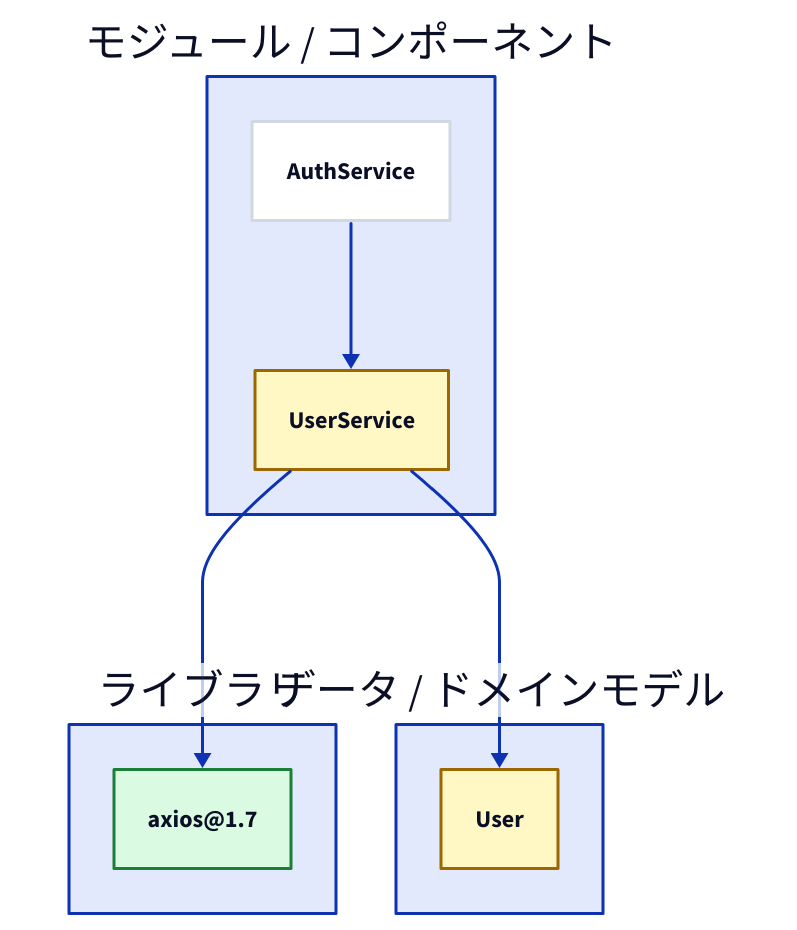
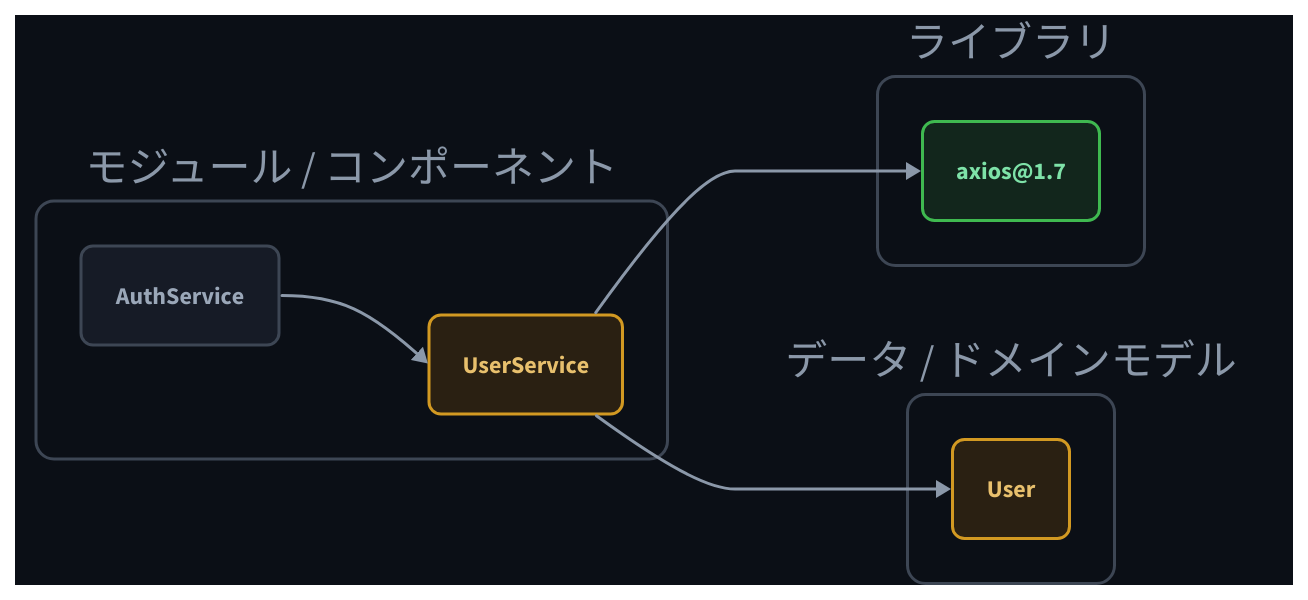
Before and after one commit to mjcreativelab/mjcreativelab-agent-plugins: the second of 2 diagrams in skills/branch-visualize/references/format-guide.md, drawn with D2. The commit also changed other lines of this file and 4 other files, not shown here.

First line of the commit message:
feat(branch-visualize): HTML 図をダークテーマ化し自動レイアウトをテンプレートに内蔵 (#91)

````diff
--- a/skills/branch-visualize/references/format-guide.md
+++ b/skills/branch-visualize/references/format-guide.md
@@ -53,23 +65,33 @@
 ```d2
+direction: right
+
+style.fill: "#0b0f16"
+
 classes: {
-  added: { style: { fill: "#dafbe1"; stroke: "#1a7f37" } }
-  modified: { style: { fill: "#fff8c5"; stroke: "#9a6700" } }
-  removed: { style: { fill: "#ffebe9"; stroke: "#cf222e"; stroke-dash: 5 } }
-  unchanged: { style: { fill: "#ffffff"; stroke: "#d1d9e0" } }
+  added: { style: { fill: "#12261c"; stroke: "#3fb950"; font-color: "#7ee2a8"; border-radius: 8 } }
+  modified: { style: { fill: "#2a2012"; stroke: "#d29922"; font-color: "#e8c06d"; border-radius: 8 } }
+  removed: { style: { fill: "#2b1518"; stroke: "#f85149"; stroke-dash: 5; font-color: "#ff9d96"; border-radius: 8 } }
+  unchanged: { style: { fill: "#161b26"; stroke: "#3d4654"; font-color: "#9aa7b8"; border-radius: 8 } }
+  grp: { style: { fill: "transparent"; stroke: "#3d4654"; font-color: "#8b98a9"; border-radius: 12 } }
 }
 
 libs: "ライブラリ" {
+  class: grp
   axios: "axios@1.7" { class: added }
 }
 mods: "モジュール / コンポーネント" {
+  class: grp
   usersvc: "UserService" { class: modified }
   authsvc: "AuthService" { class: unchanged }
 }
 models: "データ / ドメインモデル" {
+  class: grp
   user: "User" { class: modified }
 }
 
 mods.usersvc -> libs.axios
 mods.usersvc -> models.user
 mods.authsvc -> mods.usersvc
+
+(** -> **)[*].style.stroke: "#8b98a9"
 ```
````
